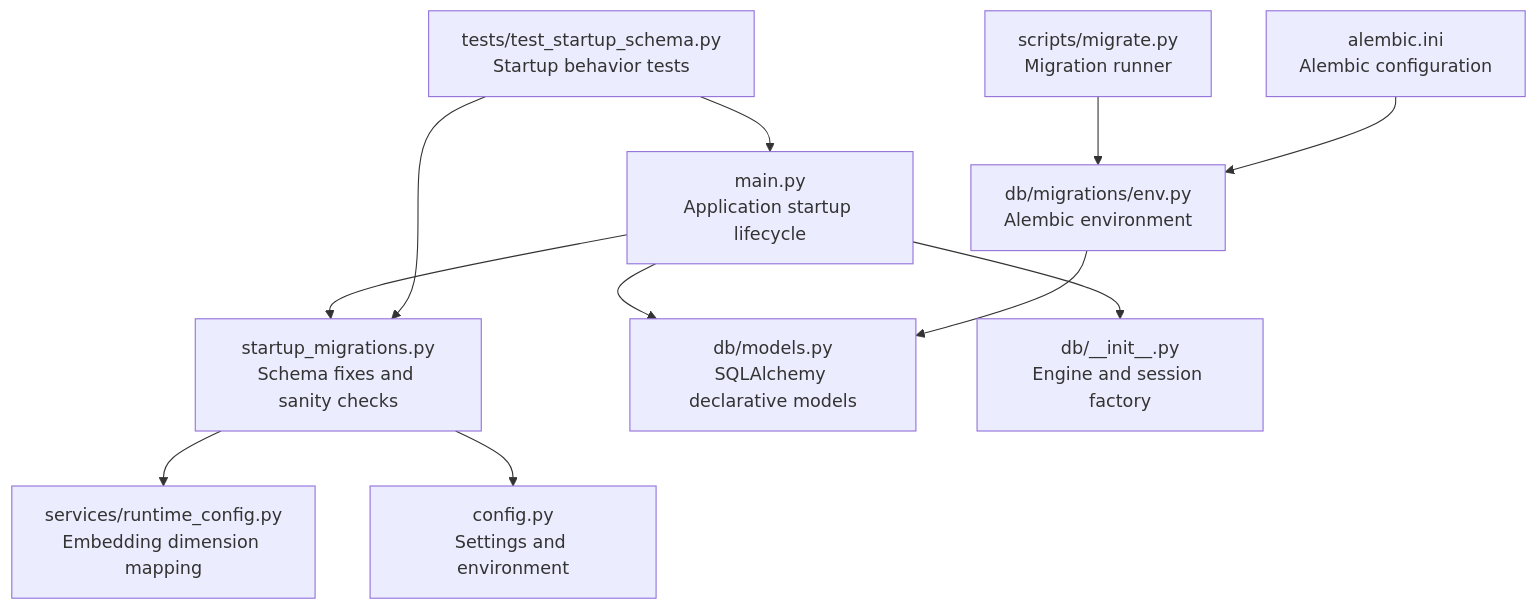
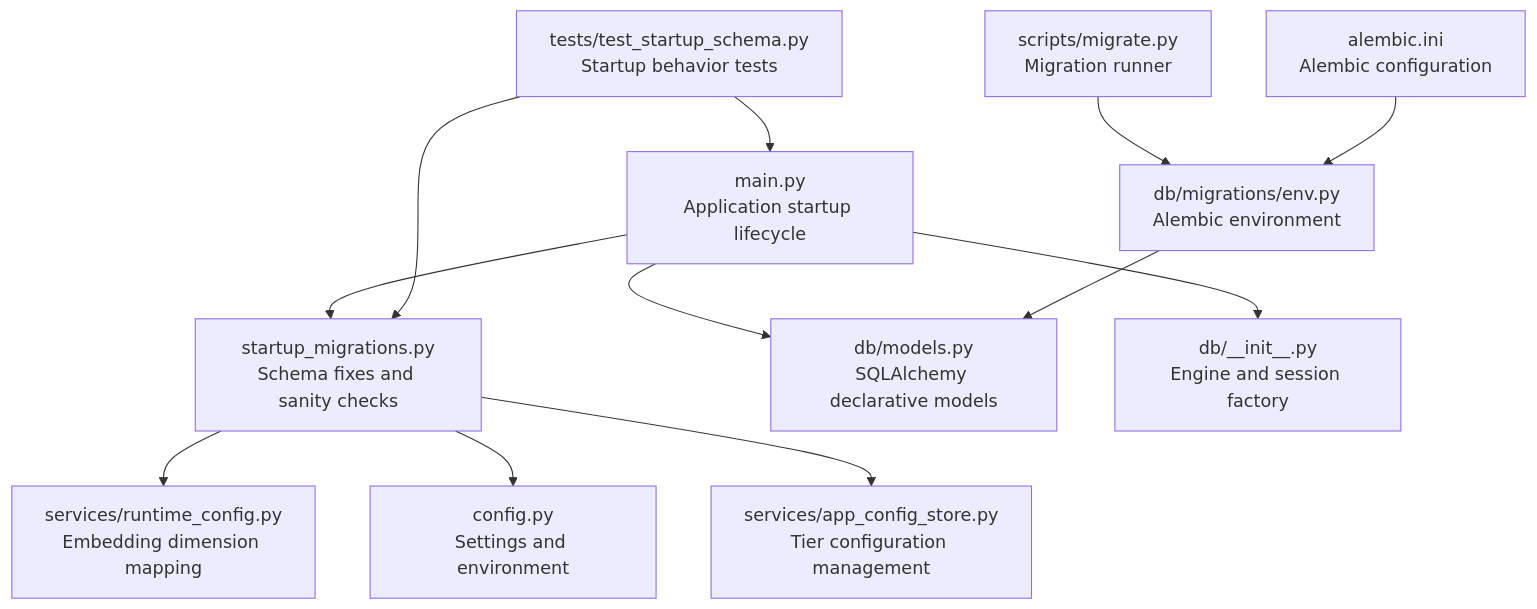
The first of 9 diagrams in .qoder/repowiki/en/content/Backend Development/Database Integration/Startup Schema Management.md (genes8/private-ai), drawn with Mermaid before and after one commit. The commit also changed other lines of this file and 101 other files, not shown here.

````diff
--- a/.qoder/repowiki/en/content/Backend Development/Database Integration/Startup Schema Management.md
+++ b/.qoder/repowiki/en/content/Backend Development/Database Integration/Startup Schema Management.md
@@ -39,13 +48,14 @@
 ```mermaid
 graph TB
 A["main.py<br/>Application startup lifecycle"] --> B["startup_migrations.py<br/>Schema fixes and sanity checks"]
 A --> C["db/models.py<br/>SQLAlchemy declarative models"]
 A --> D["db/__init__.py<br/>Engine and session factory"]
 B --> E["services/runtime_config.py<br/>Embedding dimension mapping"]
 B --> F["config.py<br/>Settings and environment"]
-G["db/migrations/env.py<br/>Alembic environment"] --> C
-H["scripts/migrate.py<br/>Migration runner"] --> G
-I["alembic.ini<br/>Alembic configuration"] --> G
-J["tests/test_startup_schema.py<br/>Startup behavior tests"] --> A
-J --> B
+B --> G["services/app_config_store.py<br/>Tier configuration management"]
+H["db/migrations/env.py<br/>Alembic environment"] --> C
+I["scripts/migrate.py<br/>Migration runner"] --> H
+J["alembic.ini<br/>Alembic configuration"] --> H
+K["tests/test_startup_schema.py<br/>Startup behavior tests"] --> A
+K --> B
 ```
````
